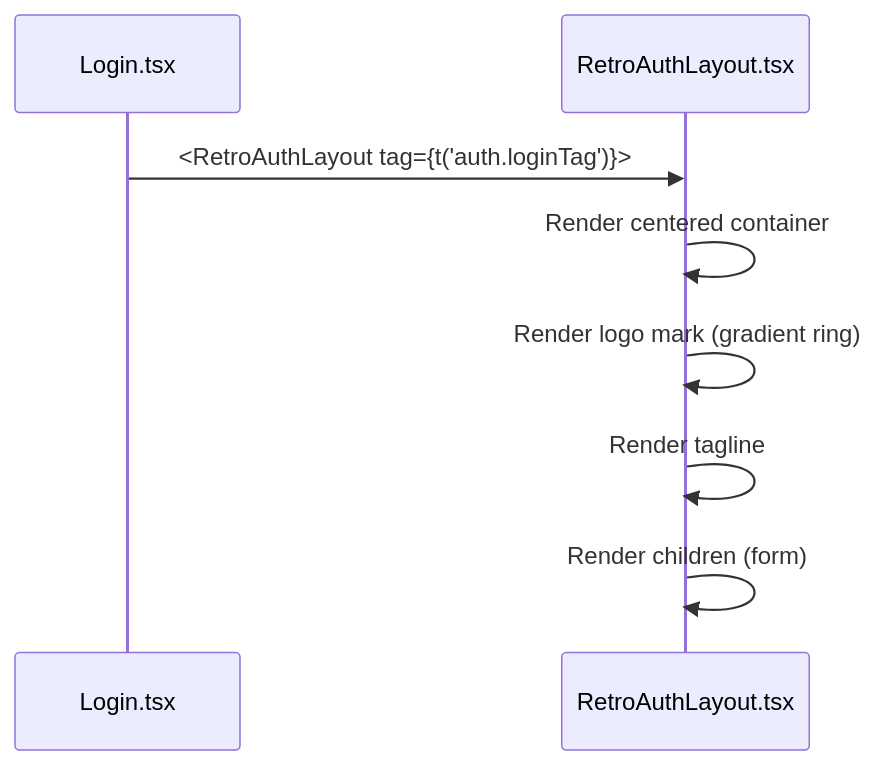
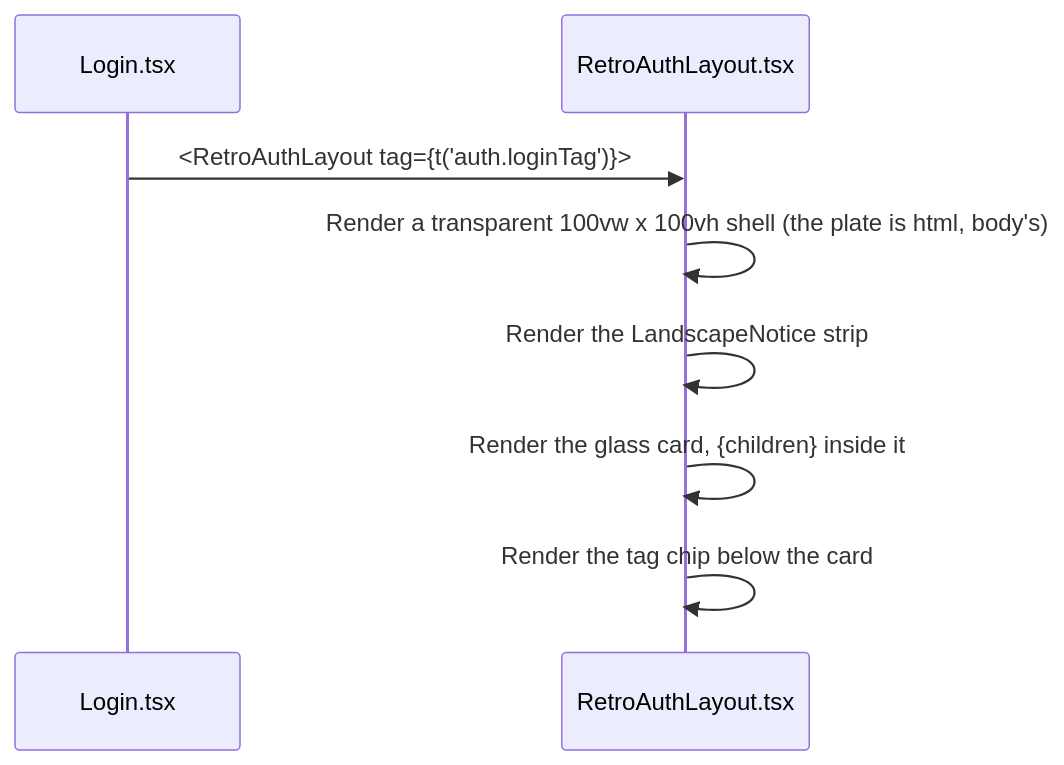
The first of 4 diagrams in docs/frontend/frontend-components-system.md (IrmaJoKerr/ft_transcendence-ludo), drawn with Mermaid before and after one commit. The commit also changed other lines of this file and 12 other files, not shown here.

````diff
--- a/docs/frontend/frontend-components-system.md
+++ b/docs/frontend/frontend-components-system.md
@@ -163,11 +163,11 @@
 ```mermaid
 sequenceDiagram
     participant Login as Login.tsx
     participant RetroAuthLayout as RetroAuthLayout.tsx
 
     Login->>RetroAuthLayout: <RetroAuthLayout tag={t('auth.loginTag')}>
-    RetroAuthLayout->>RetroAuthLayout: Render centered container
-    RetroAuthLayout->>RetroAuthLayout: Render logo mark (gradient ring)
-    RetroAuthLayout->>RetroAuthLayout: Render tagline
-    RetroAuthLayout->>RetroAuthLayout: Render children (form)
+    RetroAuthLayout->>RetroAuthLayout: Render a transparent 100vw x 100vh shell (the plate is html, body's)
+    RetroAuthLayout->>RetroAuthLayout: Render the LandscapeNotice strip
+    RetroAuthLayout->>RetroAuthLayout: Render the glass card, {children} inside it
+    RetroAuthLayout->>RetroAuthLayout: Render the tag chip below the card
 ```
````
